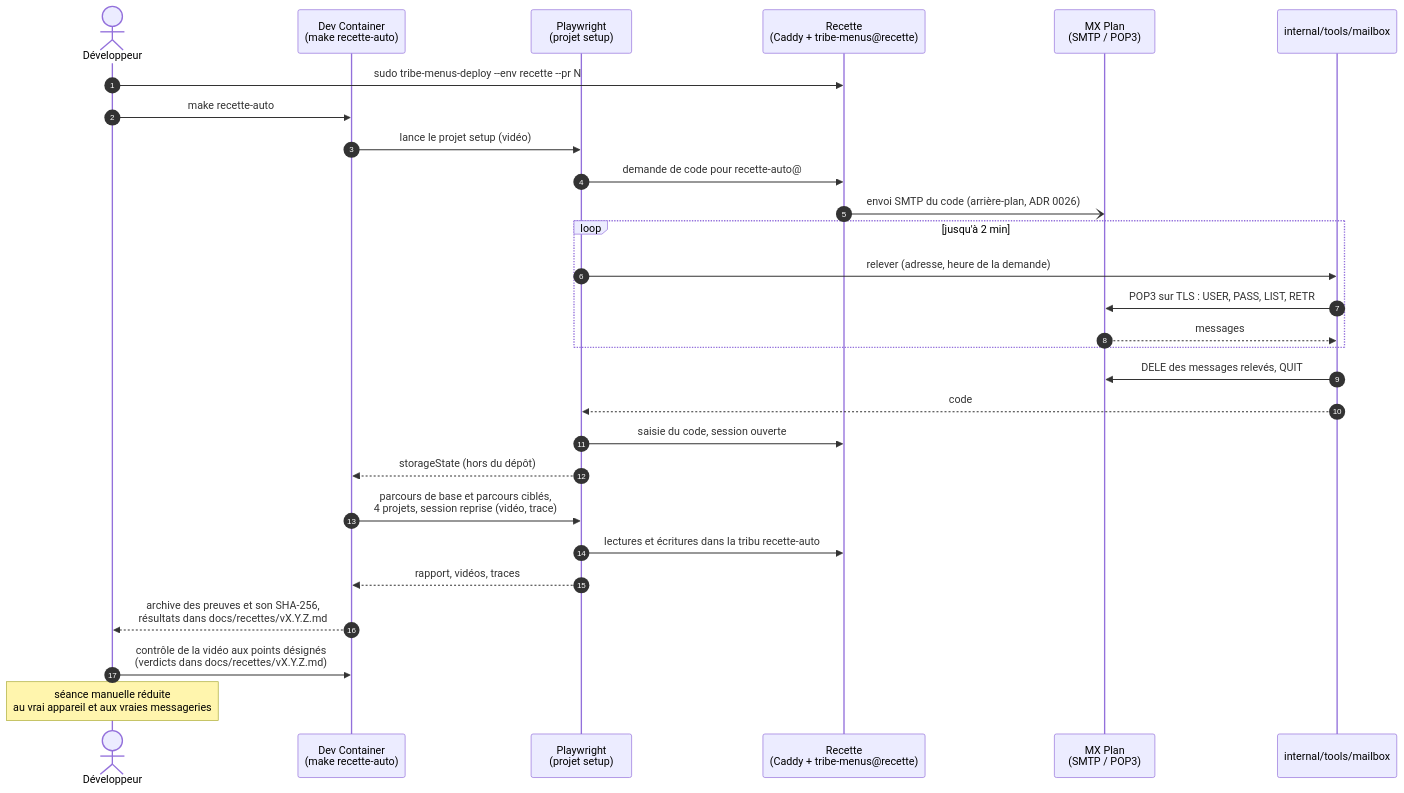
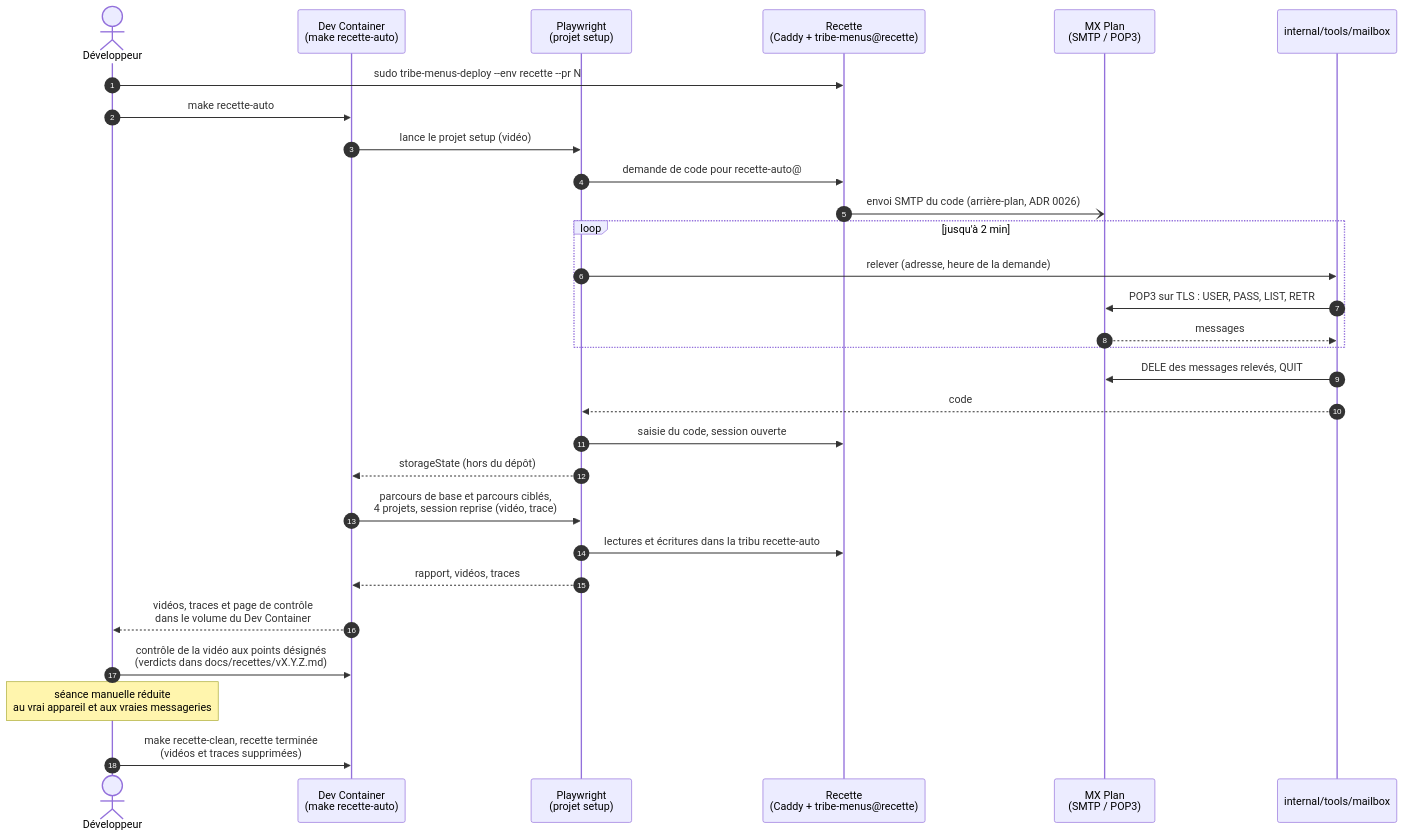
Before and after one commit to nelt/tribe-menus: the diagram in docs/adr/0032-recette-en-partie-automatisee.md, drawn with Mermaid. The commit also changed other lines of this file and 3 other files, not shown here.

First line of the commit message:
recette-auto : vidéos dans un volume, supprimées en fin de recette

````diff
--- a/docs/adr/0032-recette-en-partie-automatisee.md
+++ b/docs/adr/0032-recette-en-partie-automatisee.md
@@ -48,31 +48,32 @@
 ```mermaid
 sequenceDiagram
     autonumber
     actor Dev as Développeur
     participant DC as Dev Container<br/>(make recette-auto)
     participant PW as Playwright<br/>(projet setup)
     participant R as Recette<br/>(Caddy + tribe-menus@recette)
     participant MX as MX Plan<br/>(SMTP / POP3)
     participant MB as internal/tools/mailbox
 
     Dev->>R: sudo tribe-menus-deploy --env recette --pr N
     Dev->>DC: make recette-auto
     DC->>PW: lance le projet setup (vidéo)
     PW->>R: demande de code pour recette-auto@
     R-)MX: envoi SMTP du code (arrière-plan, ADR 0026)
     loop jusqu'à 2 min
         PW->>MB: relever (adresse, heure de la demande)
         MB->>MX: POP3 sur TLS : USER, PASS, LIST, RETR
         MX-->>MB: messages
     end
     MB->>MX: DELE des messages relevés, QUIT
     MB-->>PW: code
     PW->>R: saisie du code, session ouverte
     PW-->>DC: storageState (hors du dépôt)
     DC->>PW: parcours de base et parcours ciblés,<br/>4 projets, session reprise (vidéo, trace)
     PW->>R: lectures et écritures dans la tribu recette-auto
     PW-->>DC: rapport, vidéos, traces
-    DC-->>Dev: archive des preuves et son SHA-256,<br/>résultats dans docs/recettes/vX.Y.Z.md
+    DC-->>Dev: vidéos, traces et page de contrôle<br/>dans le volume du Dev Container
     Dev->>DC: contrôle de la vidéo aux points désignés<br/>(verdicts dans docs/recettes/vX.Y.Z.md)
     Note over Dev: séance manuelle réduite<br/>au vrai appareil et aux vraies messageries
+    Dev->>DC: make recette-clean, recette terminée<br/>(vidéos et traces supprimées)
 ```
````
